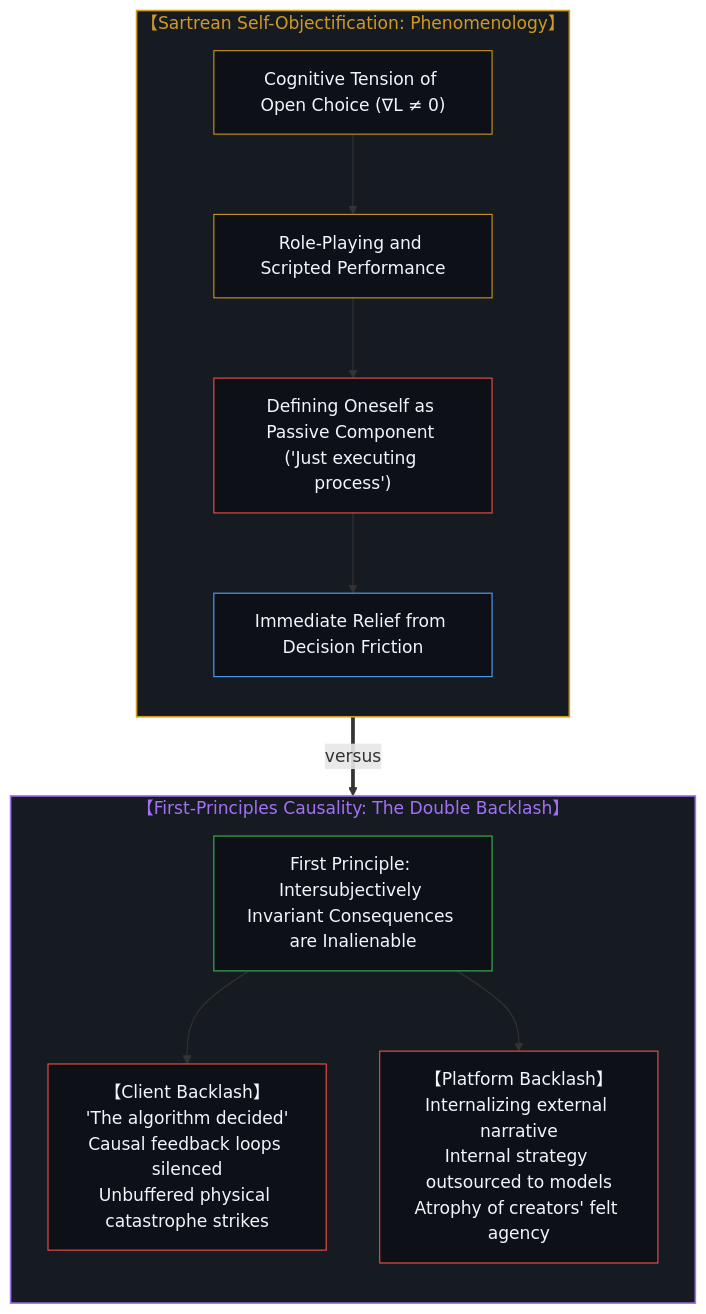
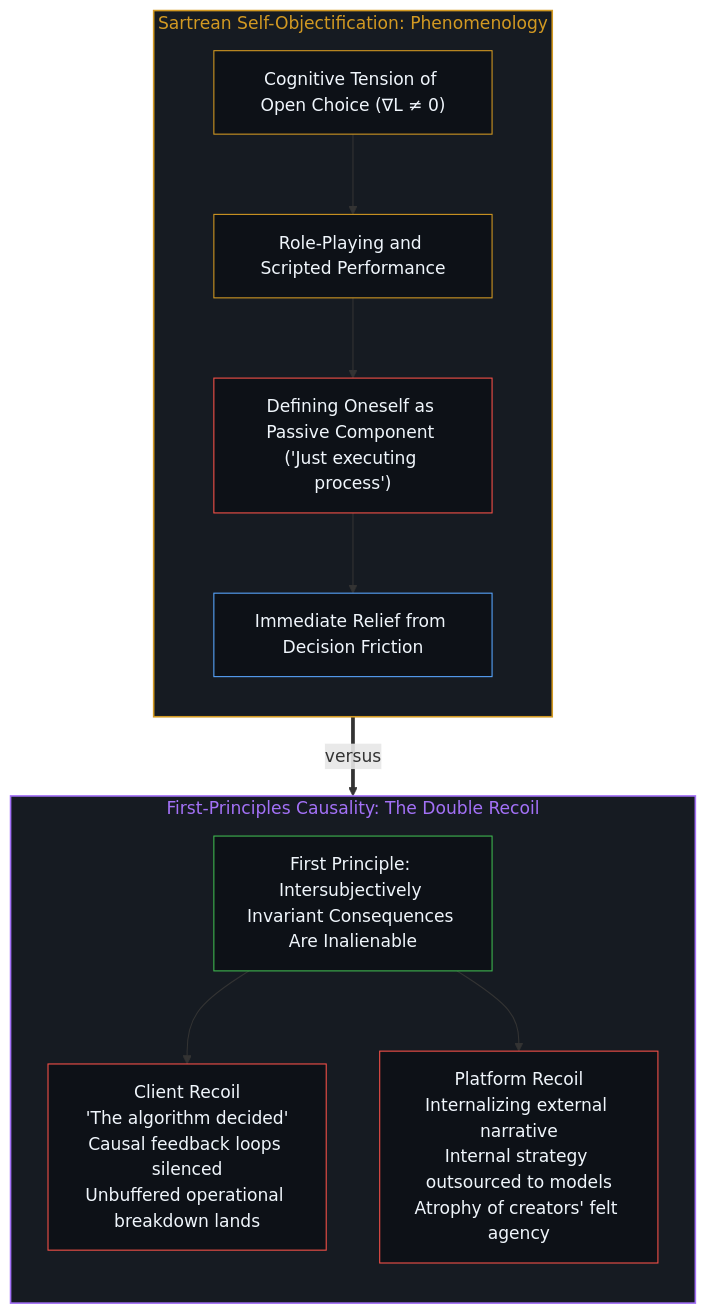
The eighth of 12 diagrams in content/posts/the-delegation-of-the-task-and-the-inalienability-of-consequences.md (powerpig99/not-a-toe), drawn with Mermaid before and after one commit. The commit also changed other lines of this file and 1 other file, not shown here.

Commit message:
Refine L1 #8 (Wave 3): the-delegation-of-the-task-and-the-inalienability-of-consequences

````diff
--- a/content/posts/the-delegation-of-the-task-and-the-inalienability-of-consequences.md
+++ b/content/posts/the-delegation-of-the-task-and-the-inalienability-of-consequences.md
@@ -272,28 +268,28 @@
 ```mermaid
-graph TD
-    subgraph Sartrean_Phenomenology_EN["【Sartrean Self-Objectification: Phenomenology】"]
+flowchart TD
+    subgraph S_Sartre["Sartrean Self-Objectification: Phenomenology"]
         direction TB
-        S1_EN["Cognitive Tension of Open Choice (∇L ≠ 0)"] --> S2_EN["Role-Playing and Scripted Performance"]
-        S2_EN --> S3_EN["Defining Oneself as Passive Component ('Just executing process')"]
-        S3_EN --> S4_EN["Immediate Relief from Decision Friction"]
+        S1["Cognitive Tension of Open Choice (∇L ≠ 0)"] --> S2["Role-Playing and Scripted Performance"]
+        S2 --> S3["Defining Oneself as Passive Component ('Just executing process')"]
+        S3 --> S4["Immediate Relief from Decision Friction"]
     end
 
-    subgraph Causal_First_Principles_EN["【First-Principles Causality: The Double Backlash】"]
+    subgraph S_FirstPrinciples["First-Principles Causality: The Double Recoil"]
         direction TB
-        C_Origin_EN["First Principle: Intersubjectively Invariant Consequences are Inalienable"]
-        C_Origin_EN --> B_Client_EN["【Client Backlash】<br/>'The algorithm decided'<br/>Causal feedback loops silenced<br/>Unbuffered physical catastrophe strikes"]
-        C_Origin_EN --> B_Platform_EN["【Platform Backlash】<br/>Internalizing external narrative<br/>Internal strategy outsourced to models<br/>Atrophy of creators' felt agency"]
+        C_Origin["First Principle: Intersubjectively Invariant Consequences Are Inalienable"]
+        C_Origin --> B_Client["Client Recoil<br/>'The algorithm decided'<br/>Causal feedback loops silenced<br/>Unbuffered operational breakdown lands"]
+        C_Origin --> B_Platform["Platform Recoil<br/>Internalizing external narrative<br/>Internal strategy outsourced to models<br/>Atrophy of creators' felt agency"]
     end
 
-    Sartrean_Phenomenology_EN ==>|"versus"| Causal_First_Principles_EN
+    S_Sartre ==>|"versus"| S_FirstPrinciples
 
-    style Sartrean_Phenomenology_EN fill:#161b22,stroke:#d29922,stroke-width:1.5px,color:#d29922
-    style Causal_First_Principles_EN fill:#161b22,stroke:#a371f7,stroke-width:1.5px,color:#a371f7
-    style S1_EN fill:#0d1117,stroke:#d29922,stroke-width:1px,color:#f0f6fc
-    style S2_EN fill:#0d1117,stroke:#d29922,stroke-width:1px,color:#f0f6fc
-    style S3_EN fill:#0d1117,stroke:#f85149,stroke-width:1px,color:#f0f6fc
-    style S4_EN fill:#0d1117,stroke:#58a6ff,stroke-width:1px,color:#f0f6fc
-    style C_Origin_EN fill:#0d1117,stroke:#3fb950,stroke-width:1px,color:#f0f6fc
-    style B_Client_EN fill:#0d1117,stroke:#f85149,stroke-width:1px,color:#f0f6fc
-    style B_Platform_EN fill:#0d1117,stroke:#f85149,stroke-width:1px,color:#f0f6fc
+    style S_Sartre fill:#161b22,stroke:#d29922,stroke-width:1.5px,color:#d29922
+    style S_FirstPrinciples fill:#161b22,stroke:#a371f7,stroke-width:1.5px,color:#a371f7
+    style S1 fill:#0d1117,stroke:#d29922,stroke-width:1px,color:#f0f6fc
+    style S2 fill:#0d1117,stroke:#d29922,stroke-width:1px,color:#f0f6fc
+    style S3 fill:#0d1117,stroke:#f85149,stroke-width:1px,color:#f0f6fc
+    style S4 fill:#0d1117,stroke:#58a6ff,stroke-width:1px,color:#f0f6fc
+    style C_Origin fill:#0d1117,stroke:#3fb950,stroke-width:1px,color:#f0f6fc
+    style B_Client fill:#0d1117,stroke:#f85149,stroke-width:1px,color:#f0f6fc
+    style B_Platform fill:#0d1117,stroke:#f85149,stroke-width:1px,color:#f0f6fc
 ```
````
